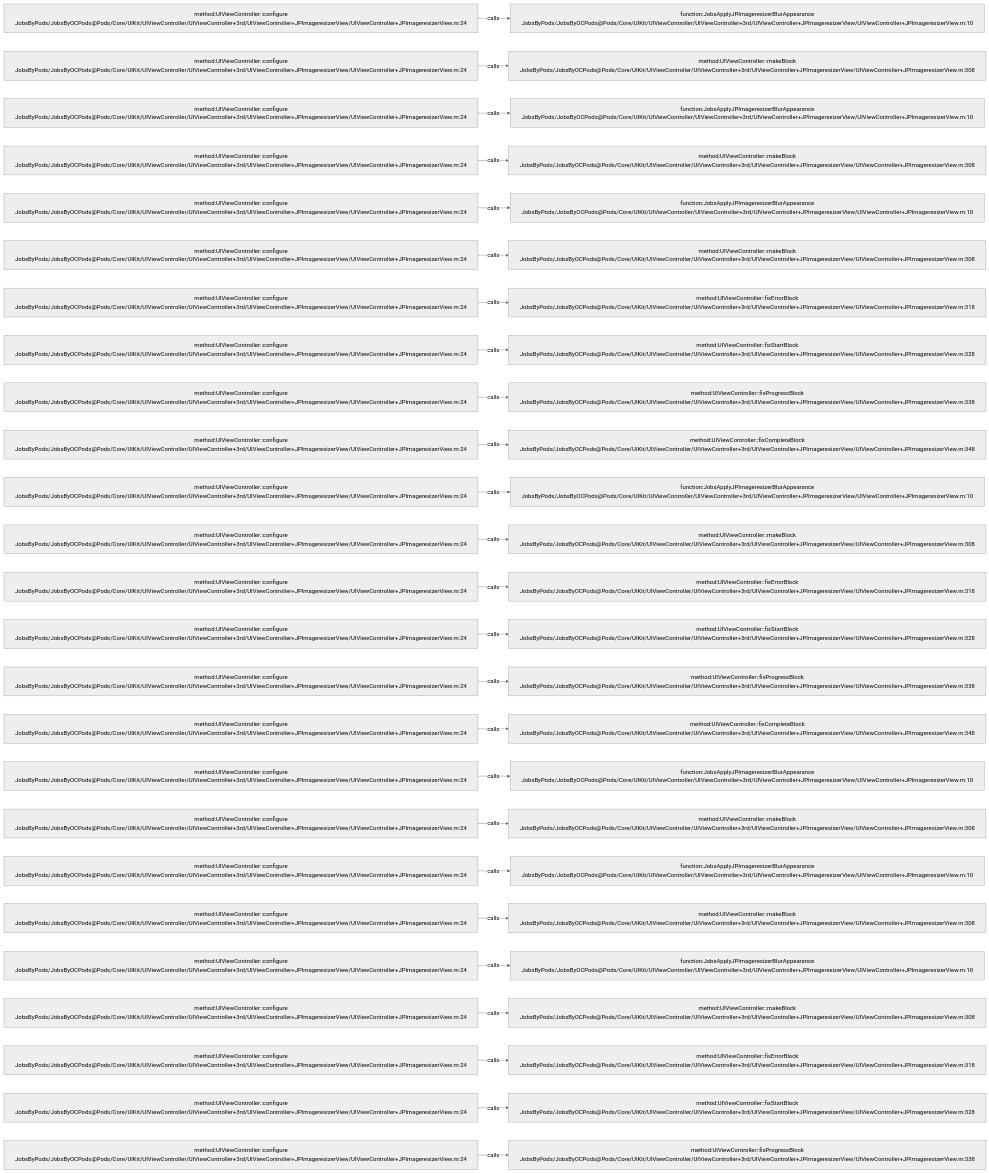
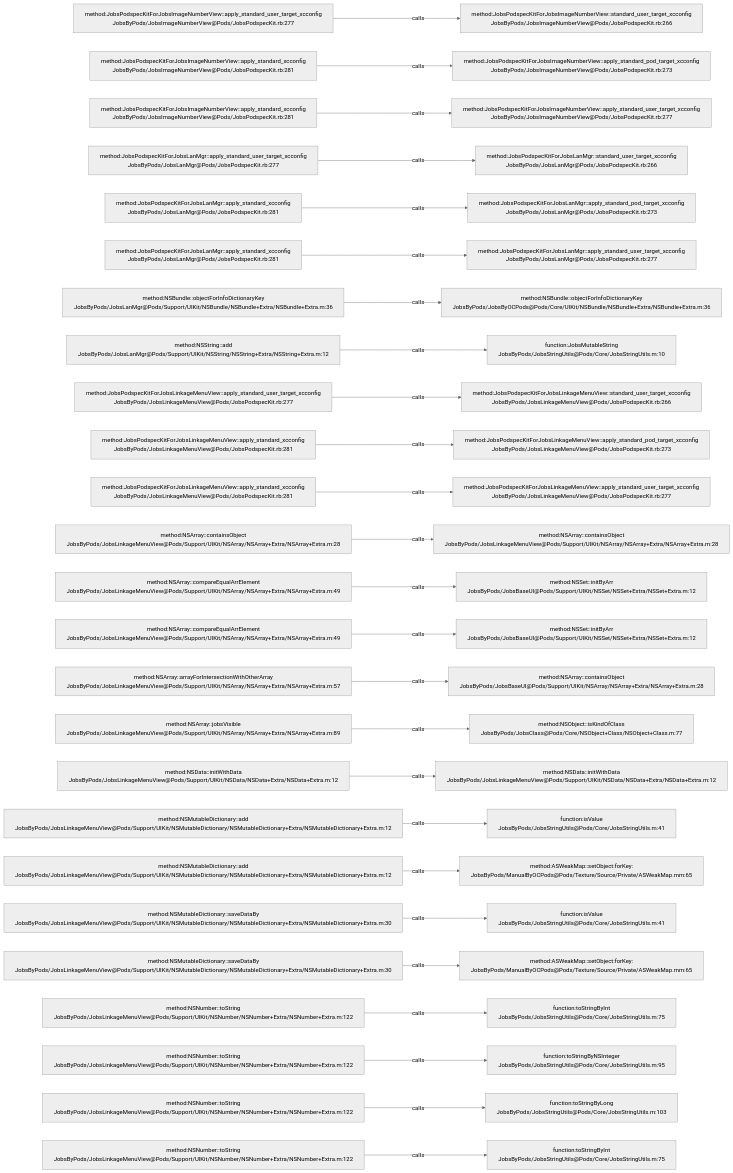
One commit to JobsKits/JobsOCBaseConfigDemo changed the diagram in .codegraph/codegraph.md/graphs/calls-068.md. Above: the diagram before and after it, drawn with Mermaid (neutral theme). The commit also changed 573 other files, not shown here.

````diff
--- a/.codegraph/codegraph.md/graphs/calls-068.md
+++ b/.codegraph/codegraph.md/graphs/calls-068.md
@@ -13,78 +13,78 @@
 ```mermaid
 flowchart LR
-  S1["method:UIViewController::configure<br/>JobsByPods/JobsByOCPods@Pods/Core/UIKit/UIViewController/UIViewController+3rd/UIViewController+JPImageresizerView/UIViewController+JPImageresizerView.m:24"]
-  T1["function:JobsApplyJPImageresizerBlurAppearance<br/>JobsByPods/JobsByOCPods@Pods/Core/UIKit/UIViewController/UIViewController+3rd/UIViewController+JPImageresizerView/UIViewController+JPImageresizerView.m:10"]
+  S1["method:JobsPodspecKitForJobsImageNumberView::apply_standard_user_target_xcconfig<br/>JobsByPods/JobsImageNumberView@Pods/JobsPodspecKit.rb:277"]
+  T1["method:JobsPodspecKitForJobsImageNumberView::standard_user_target_xcconfig<br/>JobsByPods/JobsImageNumberView@Pods/JobsPodspecKit.rb:266"]
   S1 -->|calls| T1
-  S2["method:UIViewController::configure<br/>JobsByPods/JobsByOCPods@Pods/Core/UIKit/UIViewController/UIViewController+3rd/UIViewController+JPImageresizerView/UIViewController+JPImageresizerView.m:24"]
-  T2["method:UIViewController::makeBlock<br/>JobsByPods/JobsByOCPods@Pods/Core/UIKit/UIViewController/UIViewController+3rd/UIViewController+JPImageresizerView/UIViewController+JPImageresizerView.m:308"]
+  S2["method:JobsPodspecKitForJobsImageNumberView::apply_standard_xcconfig<br/>JobsByPods/JobsImageNumberView@Pods/JobsPodspecKit.rb:281"]
+  T2["method:JobsPodspecKitForJobsImageNumberView::apply_standard_pod_target_xcconfig<br/>JobsByPods/JobsImageNumberView@Pods/JobsPodspecKit.rb:273"]
   S2 -->|calls| T2
-  S3["method:UIViewController::configure<br/>JobsByPods/JobsByOCPods@Pods/Core/UIKit/UIViewController/UIViewController+3rd/UIViewController+JPImageresizerView/UIViewController+JPImageresizerView.m:24"]
-  T3["function:JobsApplyJPImageresizerBlurAppearance<br/>JobsByPods/JobsByOCPods@Pods/Core/UIKit/UIViewController/UIViewController+3rd/UIViewController+JPImageresizerView/UIViewController+JPImageresizerView.m:10"]
+  S3["method:JobsPodspecKitForJobsImageNumberView::apply_standard_xcconfig<br/>JobsByPods/JobsImageNumberView@Pods/JobsPodspecKit.rb:281"]
+  T3["method:JobsPodspecKitForJobsImageNumberView::apply_standard_user_target_xcconfig<br/>JobsByPods/JobsImageNumberView@Pods/JobsPodspecKit.rb:277"]
   S3 -->|calls| T3
-  S4["method:UIViewController::configure<br/>JobsByPods/JobsByOCPods@Pods/Core/UIKit/UIViewController/UIViewController+3rd/UIViewController+JPImageresizerView/UIViewController+JPImageresizerView.m:24"]
-  T4["method:UIViewController::makeBlock<br/>JobsByPods/JobsByOCPods@Pods/Core/UIKit/UIViewController/UIViewController+3rd/UIViewController+JPImageresizerView/UIViewController+JPImageresizerView.m:308"]
+  S4["method:JobsPodspecKitForJobsLanMgr::apply_standard_user_target_xcconfig<br/>JobsByPods/JobsLanMgr@Pods/JobsPodspecKit.rb:277"]
+  T4["method:JobsPodspecKitForJobsLanMgr::standard_user_target_xcconfig<br/>JobsByPods/JobsLanMgr@Pods/JobsPodspecKit.rb:266"]
   S4 -->|calls| T4
-  S5["method:UIViewController::configure<br/>JobsByPods/JobsByOCPods@Pods/Core/UIKit/UIViewController/UIViewController+3rd/UIViewController+JPImageresizerView/UIViewController+JPImageresizerView.m:24"]
-  T5["function:JobsApplyJPImageresizerBlurAppearance<br/>JobsByPods/JobsByOCPods@Pods/Core/UIKit/UIViewController/UIViewController+3rd/UIViewController+JPImageresizerView/UIViewController+JPImageresizerView.m:10"]
+  S5["method:JobsPodspecKitForJobsLanMgr::apply_standard_xcconfig<br/>JobsByPods/JobsLanMgr@Pods/JobsPodspecKit.rb:281"]
+  T5["method:JobsPodspecKitForJobsLanMgr::apply_standard_pod_target_xcconfig<br/>JobsByPods/JobsLanMgr@Pods/JobsPodspecKit.rb:273"]
   S5 -->|calls| T5
-  S6["method:UIViewController::configure<br/>JobsByPods/JobsByOCPods@Pods/Core/UIKit/UIViewController/UIViewController+3rd/UIViewController+JPImageresizerView/UIViewController+JPImageresizerView.m:24"]
-  T6["method:UIViewController::makeBlock<br/>JobsByPods/JobsByOCPods@Pods/Core/UIKit/UIViewController/UIViewController+3rd/UIViewController+JPImageresizerView/UIViewController+JPImageresizerView.m:308"]
+  S6["method:JobsPodspecKitForJobsLanMgr::apply_standard_xcconfig<br/>JobsByPods/JobsLanMgr@Pods/JobsPodspecKit.rb:281"]
+  T6["method:JobsPodspecKitForJobsLanMgr::apply_standard_user_target_xcconfig<br/>JobsByPods/JobsLanMgr@Pods/JobsPodspecKit.rb:277"]
   S6 -->|calls| T6
-  S7["method:UIViewController::configure<br/>JobsByPods/JobsByOCPods@Pods/Core/UIKit/UIViewController/UIViewController+3rd/UIViewController+JPImageresizerView/UIViewController+JPImageresizerView.m:24"]
-  T7["method:UIViewController::fixErrorBlock<br/>JobsByPods/JobsByOCPods@Pods/Core/UIKit/UIViewController/UIViewController+3rd/UIViewController+JPImageresizerView/UIViewController+JPImageresizerView.m:318"]
+  S7["method:NSBundle::objectForInfoDictionaryKey<br/>JobsByPods/JobsLanMgr@Pods/Support/UIKit/NSBundle/NSBundle+Extra/NSBundle+Extra.m:36"]
+  T7["method:NSBundle::objectForInfoDictionaryKey<br/>JobsByPods/JobsByOCPods@Pods/Core/UIKit/NSBundle/NSBundle+Extra/NSBundle+Extra.m:36"]
   S7 -->|calls| T7
-  S8["method:UIViewController::configure<br/>JobsByPods/JobsByOCPods@Pods/Core/UIKit/UIViewController/UIViewController+3rd/UIViewController+JPImageresizerView/UIViewController+JPImageresizerView.m:24"]
-  T8["method:UIViewController::fixStartBlock<br/>JobsByPods/JobsByOCPods@Pods/Core/UIKit/UIViewController/UIViewController+3rd/UIViewController+JPImageresizerView/UIViewController+JPImageresizerView.m:328"]
+  S8["method:NSString::add<br/>JobsByPods/JobsLanMgr@Pods/Support/UIKit/NSString/NSString+Extra/NSString+Extra.m:12"]
+  T8["function:JobsMutableString<br/>JobsByPods/JobsStringUtils@Pods/Core/JobsStringUtils.m:10"]
   S8 -->|calls| T8
-  S9["method:UIViewController::configure<br/>JobsByPods/JobsByOCPods@Pods/Core/UIKit/UIViewController/UIViewController+3rd/UIViewController+JPImageresizerView/UIViewController+JPImageresizerView.m:24"]
-  T9["method:UIViewController::fixProgressBlock<br/>JobsByPods/JobsByOCPods@Pods/Core/UIKit/UIViewController/UIViewController+3rd/UIViewController+JPImageresizerView/UIViewController+JPImageresizerView.m:338"]
+  S9["method:JobsPodspecKitForJobsLinkageMenuView::apply_standard_user_target_xcconfig<br/>JobsByPods/JobsLinkageMenuView@Pods/JobsPodspecKit.rb:277"]
+  T9["method:JobsPodspecKitForJobsLinkageMenuView::standard_user_target_xcconfig<br/>JobsByPods/JobsLinkageMenuView@Pods/JobsPodspecKit.rb:266"]
   S9 -->|calls| T9
-  S10["method:UIViewController::configure<br/>JobsByPods/JobsByOCPods@Pods/Core/UIKit/UIViewController/UIViewController+3rd/UIViewController+JPImageresizerView/UIViewController+JPImageresizerView.m:24"]
-  T10["method:UIViewController::fixCompleteBlock<br/>JobsByPods/JobsByOCPods@Pods/Core/UIKit/UIViewController/UIViewController+3rd/UIViewController+JPImageresizerView/UIViewController+JPImageresizerView.m:348"]
+  S10["method:JobsPodspecKitForJobsLinkageMenuView::apply_standard_xcconfig<br/>JobsByPods/JobsLinkageMenuView@Pods/JobsPodspecKit.rb:281"]
+  T10["method:JobsPodspecKitForJobsLinkageMenuView::apply_standard_pod_target_xcconfig<br/>JobsByPods/JobsLinkageMenuView@Pods/JobsPodspecKit.rb:273"]
   S10 -->|calls| T10
-  S11["method:UIViewController::configure<br/>JobsByPods/JobsByOCPods@Pods/Core/UIKit/UIViewController/UIViewController+3rd/UIViewController+JPImageresizerView/UIViewController+JPImageresizerView.m:24"]
-  T11["function:JobsApplyJPImageresizerBlurAppearance<br/>JobsByPods/JobsByOCPods@Pods/Core/UIKit/UIViewController/UIViewController+3rd/UIViewController+JPImageresizerView/UIViewController+JPImageresizerView.m:10"]
+  S11["method:JobsPodspecKitForJobsLinkageMenuView::apply_standard_xcconfig<br/>JobsByPods/JobsLinkageMenuView@Pods/JobsPodspecKit.rb:281"]
+  T11["method:JobsPodspecKitForJobsLinkageMenuView::apply_standard_user_target_xcconfig<br/>JobsByPods/JobsLinkageMenuView@Pods/JobsPodspecKit.rb:277"]
   S11 -->|calls| T11
-  S12["method:UIViewController::configure<br/>JobsByPods/JobsByOCPods@Pods/Core/UIKit/UIViewController/UIViewController+3rd/UIViewController+JPImageresizerView/UIViewController+JPImageresizerView.m:24"]
-  T12["method:UIViewController::makeBlock<br/>JobsByPods/JobsByOCPods@Pods/Core/UIKit/UIViewController/UIViewController+3rd/UIViewController+JPImageresizerView/UIViewController+JPImageresizerView.m:308"]
+  S12["method:NSArray::containsObject<br/>JobsByPods/JobsLinkageMenuView@Pods/Support/UIKit/NSArray/NSArray+Extra/NSArray+Extra.m:28"]
+  T12["method:NSArray::containsObject<br/>JobsByPods/JobsLinkageMenuView@Pods/Support/UIKit/NSArray/NSArray+Extra/NSArray+Extra.m:28"]
   S12 -->|calls| T12
-  S13["method:UIViewController::configure<br/>JobsByPods/JobsByOCPods@Pods/Core/UIKit/UIViewController/UIViewController+3rd/UIViewController+JPImageresizerView/UIViewController+JPImageresizerView.m:24"]
-  T13["method:UIViewController::fixErrorBlock<br/>JobsByPods/JobsByOCPods@Pods/Core/UIKit/UIViewController/UIViewController+3rd/UIViewController+JPImageresizerView/UIViewController+JPImageresizerView.m:318"]
+  S13["method:NSArray::compareEqualArrElement<br/>JobsByPods/JobsLinkageMenuView@Pods/Support/UIKit/NSArray/NSArray+Extra/NSArray+Extra.m:49"]
+  T13["method:NSSet::initByArr<br/>JobsByPods/JobsBaseUI@Pods/Support/UIKit/NSSet/NSSet+Extra/NSSet+Extra.m:12"]
   S13 -->|calls| T13
-  S14["method:UIViewController::configure<br/>JobsByPods/JobsByOCPods@Pods/Core/UIKit/UIViewController/UIViewController+3rd/UIViewController+JPImageresizerView/UIViewController+JPImageresizerView.m:24"]
-  T14["method:UIViewController::fixStartBlock<br/>JobsByPods/JobsByOCPods@Pods/Core/UIKit/UIViewController/UIViewController+3rd/UIViewController+JPImageresizerView/UIViewController+JPImageresizerView.m:328"]
+  S14["method:NSArray::compareEqualArrElement<br/>JobsByPods/JobsLinkageMenuView@Pods/Support/UIKit/NSArray/NSArray+Extra/NSArray+Extra.m:49"]
+  T14["method:NSSet::initByArr<br/>JobsByPods/JobsBaseUI@Pods/Support/UIKit/NSSet/NSSet+Extra/NSSet+Extra.m:12"]
   S14 -->|calls| T14
-  S15["method:UIViewController::configure<br/>JobsByPods/JobsByOCPods@Pods/Core/UIKit/UIViewController/UIViewController+3rd/UIViewController+JPImageresizerView/UIViewController+JPImageresizerView.m:24"]
-  T15["method:UIViewController::fixProgressBlock<br/>JobsByPods/JobsByOCPods@Pods/Core/UIKit/UIViewController/UIViewController+3rd/UIViewController+JPImageresizerView/UIViewController+JPImageresizerView.m:338"]
+  S15["method:NSArray::arrayForIntersectionWithOtherArray<br/>JobsByPods/JobsLinkageMenuView@Pods/Support/UIKit/NSArray/NSArray+Extra/NSArray+Extra.m:57"]
+  T15["method:NSArray::containsObject<br/>JobsByPods/JobsBaseUI@Pods/Support/UIKit/NSArray/NSArray+Extra/NSArray+Extra.m:28"]
   S15 -->|calls| T15
-  S16["method:UIViewController::configure<br/>JobsByPods/JobsByOCPods@Pods/Core/UIKit/UIViewController/UIViewController+3rd/UIViewController+JPImageresizerView/UIViewController+JPImageresizerView.m:24"]
-  T16["method:UIViewController::fixCompleteBlock<br/>JobsByPods/JobsByOCPods@Pods/Core/UIKit/UIViewController/UIViewController+3rd/UIViewController+JPImageresizerView/UIViewController+JPImageresizerView.m:348"]
+  S16["method:NSArray::jobsVisible<br/>JobsByPods/JobsLinkageMenuView@Pods/Support/UIKit/NSArray/NSArray+Extra/NSArray+Extra.m:89"]
+  T16["method:NSObject::isKindOfClass<br/>JobsByPods/JobsClass@Pods/Core/NSObject+Class/NSObject+Class.m:77"]
   S16 -->|calls| T16
-  S17["method:UIViewController::configure<br/>JobsByPods/JobsByOCPods@Pods/Core/UIKit/UIViewController/UIViewController+3rd/UIViewController+JPImageresizerView/UIViewController+JPImageresizerView.m:24"]
-  T17["function:JobsApplyJPImageresizerBlurAppearance<br/>JobsByPods/JobsByOCPods@Pods/Core/UIKit/UIViewController/UIViewController+3rd/UIViewController+JPImageresizerView/UIViewController+JPImageresizerView.m:10"]
+  S17["method:NSData::initWithData<br/>JobsByPods/JobsLinkageMenuView@Pods/Support/UIKit/NSData/NSData+Extra/NSData+Extra.m:12"]
+  T17["method:NSData::initWithData<br/>JobsByPods/JobsLinkageMenuView@Pods/Support/UIKit/NSData/NSData+Extra/NSData+Extra.m:12"]
   S17 -->|calls| T17
-  S18["method:UIViewController::configure<br/>JobsByPods/JobsByOCPods@Pods/Core/UIKit/UIViewController/UIViewController+3rd/UIViewController+JPImageresizerView/UIViewController+JPImageresizerView.m:24"]
-  T18["method:UIViewController::makeBlock<br/>JobsByPods/JobsByOCPods@Pods/Core/UIKit/UIViewController/UIViewController+3rd/UIViewController+JPImageresizerView/UIViewController+JPImageresizerView.m:308"]
+  S18["method:NSMutableDictionary::add<br/>JobsByPods/JobsLinkageMenuView@Pods/Support/UIKit/NSMutableDictionary/NSMutableDictionary+Extra/NSMutableDictionary+Extra.m:12"]
+  T18["function:isValue<br/>JobsByPods/JobsStringUtils@Pods/Core/JobsStringUtils.m:41"]
   S18 -->|calls| T18
-  S19["method:UIViewController::configure<br/>JobsByPods/JobsByOCPods@Pods/Core/UIKit/UIViewController/UIViewController+3rd/UIViewController+JPImageresizerView/UIViewController+JPImageresizerView.m:24"]
-  T19["function:JobsApplyJPImageresizerBlurAppearance<br/>JobsByPods/JobsByOCPods@Pods/Core/UIKit/UIViewController/UIViewController+3rd/UIViewController+JPImageresizerView/UIViewController+JPImageresizerView.m:10"]
+  S19["method:NSMutableDictionary::add<br/>JobsByPods/JobsLinkageMenuView@Pods/Support/UIKit/NSMutableDictionary/NSMutableDictionary+Extra/NSMutableDictionary+Extra.m:12"]
+  T19["method:ASWeakMap::setObject:forKey:<br/>JobsByPods/ManualByOCPods@Pods/Texture/Source/Private/ASWeakMap.mm:65"]
   S19 -->|calls| T19
-  S20["method:UIViewController::configure<br/>JobsByPods/JobsByOCPods@Pods/Core/UIKit/UIViewController/UIViewController+3rd/UIViewController+JPImageresizerView/UIViewController+JPImageresizerView.m:24"]
-  T20["method:UIViewController::makeBlock<br/>JobsByPods/JobsByOCPods@Pods/Core/UIKit/UIViewController/UIViewController+3rd/UIViewController+JPImageresizerView/UIViewController+JPImageresizerView.m:308"]
+  S20["method:NSMutableDictionary::saveDataBy<br/>JobsByPods/JobsLinkageMenuView@Pods/Support/UIKit/NSMutableDictionary/NSMutableDictionary+Extra/NSMutableDictionary+Extra.m:30"]
+  T20["function:isValue<br/>JobsByPods/JobsStringUtils@Pods/Core/JobsStringUtils.m:41"]
   S20 -->|calls| T20
-  S21["method:UIViewController::configure<br/>JobsByPods/JobsByOCPods@Pods/Core/UIKit/UIViewController/UIViewController+3rd/UIViewController+JPImageresizerView/UIViewController+JPImageresizerView.m:24"]
-  T21["function:JobsApplyJPImageresizerBlurAppearance<br/>JobsByPods/JobsByOCPods@Pods/Core/UIKit/UIViewController/UIViewController+3rd/UIViewController+JPImageresizerView/UIViewController+JPImageresizerView.m:10"]
+  S21["method:NSMutableDictionary::saveDataBy<br/>JobsByPods/JobsLinkageMenuView@Pods/Support/UIKit/NSMutableDictionary/NSMutableDictionary+Extra/NSMutableDictionary+Extra.m:30"]
+  T21["method:ASWeakMap::setObject:forKey:<br/>JobsByPods/ManualByOCPods@Pods/Texture/Source/Private/ASWeakMap.mm:65"]
   S21 -->|calls| T21
-  S22["method:UIViewController::configure<br/>JobsByPods/JobsByOCPods@Pods/Core/UIKit/UIViewController/UIViewController+3rd/UIViewController+JPImageresizerView/UIViewController+JPImageresizerView.m:24"]
-  T22["method:UIViewController::makeBlock<br/>JobsByPods/JobsByOCPods@Pods/Core/UIKit/UIViewController/UIViewController+3rd/UIViewController+JPImageresizerView/UIViewController+JPImageresizerView.m:308"]
+  S22["method:NSNumber::toString<br/>JobsByPods/JobsLinkageMenuView@Pods/Support/UIKit/NSNumber/NSNumber+Extra/NSNumber+Extra.m:122"]
+  T22["function:toStringByInt<br/>JobsByPods/JobsStringUtils@Pods/Core/JobsStringUtils.m:75"]
   S22 -->|calls| T22
-  S23["method:UIViewController::configure<br/>JobsByPods/JobsByOCPods@Pods/Core/UIKit/UIViewController/UIViewController+3rd/UIViewController+JPImageresizerView/UIViewController+JPImageresizerView.m:24"]
-  T23["method:UIViewController::fixErrorBlock<br/>JobsByPods/JobsByOCPods@Pods/Core/UIKit/UIViewController/UIViewController+3rd/UIViewController+JPImageresizerView/UIViewController+JPImageresizerView.m:318"]
+  S23["method:NSNumber::toString<br/>JobsByPods/JobsLinkageMenuView@Pods/Support/UIKit/NSNumber/NSNumber+Extra/NSNumber+Extra.m:122"]
+  T23["function:toStringByNSInteger<br/>JobsByPods/JobsStringUtils@Pods/Core/JobsStringUtils.m:95"]
   S23 -->|calls| T23
-  S24["method:UIViewController::configure<br/>JobsByPods/JobsByOCPods@Pods/Core/UIKit/UIViewController/UIViewController+3rd/UIViewController+JPImageresizerView/UIViewController+JPImageresizerView.m:24"]
-  T24["method:UIViewController::fixStartBlock<br/>JobsByPods/JobsByOCPods@Pods/Core/UIKit/UIViewController/UIViewController+3rd/UIViewController+JPImageresizerView/UIViewController+JPImageresizerView.m:328"]
+  S24["method:NSNumber::toString<br/>JobsByPods/JobsLinkageMenuView@Pods/Support/UIKit/NSNumber/NSNumber+Extra/NSNumber+Extra.m:122"]
+  T24["function:toStringByLong<br/>JobsByPods/JobsStringUtils@Pods/Core/JobsStringUtils.m:103"]
   S24 -->|calls| T24
-  S25["method:UIViewController::configure<br/>JobsByPods/JobsByOCPods@Pods/Core/UIKit/UIViewController/UIViewController+3rd/UIViewController+JPImageresizerView/UIViewController+JPImageresizerView.m:24"]
-  T25["method:UIViewController::fixProgressBlock<br/>JobsByPods/JobsByOCPods@Pods/Core/UIKit/UIViewController/UIViewController+3rd/UIViewController+JPImageresizerView/UIViewController+JPImageresizerView.m:338"]
+  S25["method:NSNumber::toString<br/>JobsByPods/JobsLinkageMenuView@Pods/Support/UIKit/NSNumber/NSNumber+Extra/NSNumber+Extra.m:122"]
+  T25["function:toStringByInt<br/>JobsByPods/JobsStringUtils@Pods/Core/JobsStringUtils.m:75"]
   S25 -->|calls| T25
 ```
````
